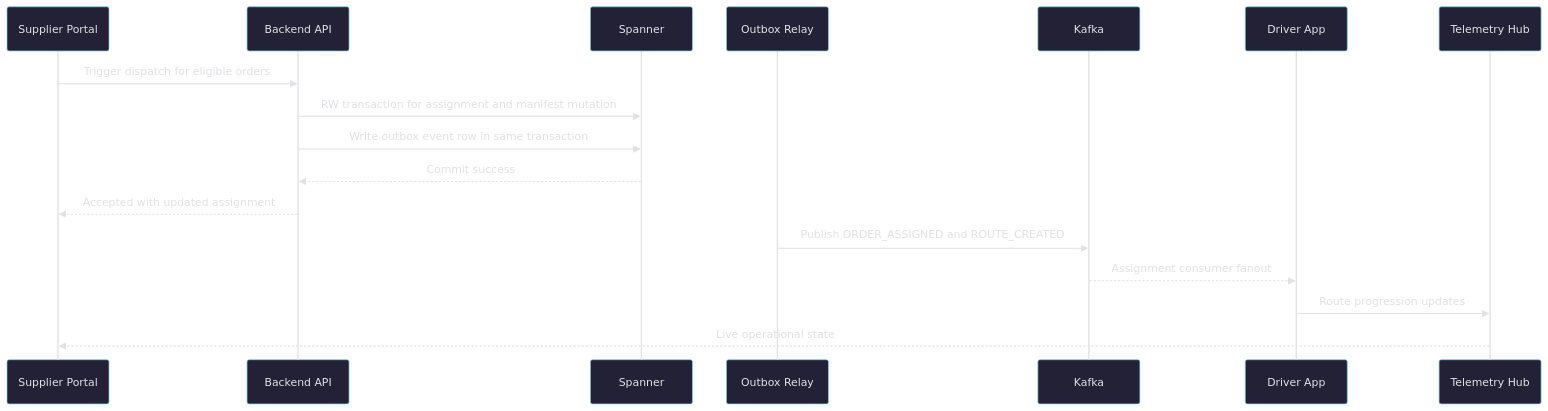
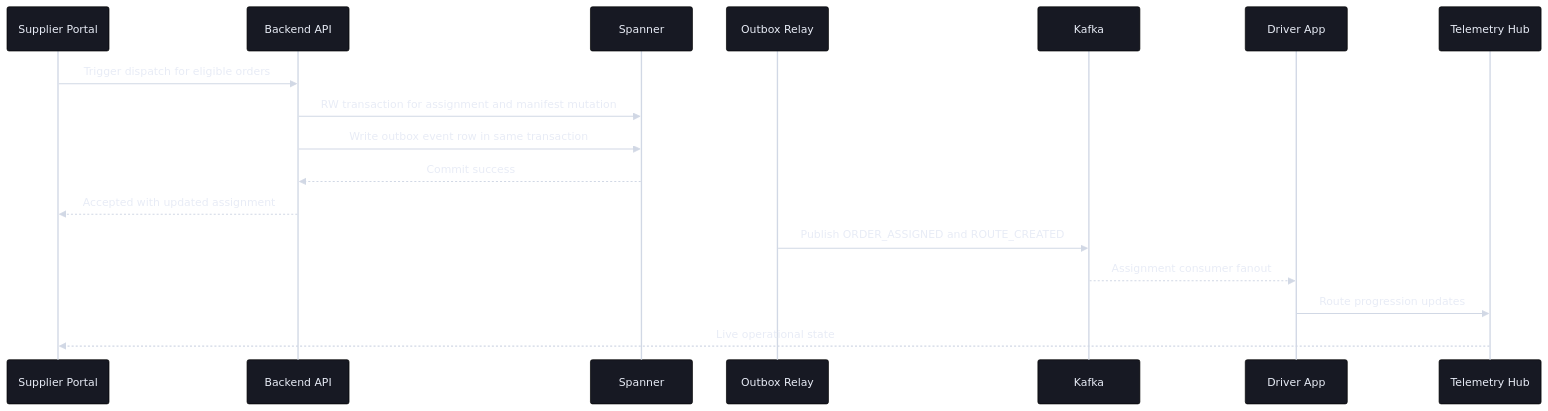
One commit to CYBERSTALKER07/ATOMOS changed the fourth of 4 diagrams in README.md. Above: the diagram before and after it, drawn with Mermaid. The commit also changed other lines of this file and 13 other files, not shown here.

````diff
--- a/README.md
+++ b/README.md
@@ -231,21 +235,21 @@
 ```mermaid
-%%{init: {"theme":"base","themeVariables":{"darkMode":true,"background":"#191622","primaryColor":"#232136","primaryTextColor":"#E1E1E6","primaryBorderColor":"#78D1E1","secondaryColor":"#2A2338","secondaryTextColor":"#E1E1E6","secondaryBorderColor":"#988BC7","tertiaryColor":"#1F3026","tertiaryTextColor":"#E1E1E6","tertiaryBorderColor":"#67E480","lineColor":"#E1E1E6","textColor":"#E1E1E6","mainBkg":"#232136","nodeBorder":"#78D1E1","clusterBkg":"#232136","clusterBorder":"#988BC7","titleColor":"#E1E1E6","edgeLabelBackground":"#232136","actorBkg":"#232136","actorBorder":"#78D1E1","actorTextColor":"#E1E1E6","actorLineColor":"#E1E1E6","signalColor":"#E1E1E6","signalTextColor":"#E1E1E6","labelBoxBkgColor":"#232136","labelBoxBorderColor":"#988BC7","labelTextColor":"#E1E1E6","loopTextColor":"#E1E1E6","activationBkgColor":"#2A2338","activationBorderColor":"#988BC7","sequenceNumberColor":"#191622","stateBkg":"#232136","stateBorder":"#67E480","stateTextColor":"#E1E1E6","noteBkgColor":"#232136","noteTextColor":"#E1E1E6","noteBorderColor":"#988BC7"},"themeCSS":".edgeLabel text,.label text,.stateLabel text,.messageText,.nodeLabel{fill:#E1E1E6 !important;color:#E1E1E6 !important;} .edgeLabel rect{fill:#232136 !important;opacity:1 !important;}"}}%%
+%%{init: {"theme":"base","themeVariables":{"darkMode":true,"background":"#000000","primaryColor":"#171923","primaryTextColor":"#E8ECF6","primaryBorderColor":"#000000","secondaryColor":"#1F2430","secondaryTextColor":"#E8ECF6","secondaryBorderColor":"#000000","tertiaryColor":"#222A35","tertiaryTextColor":"#E8ECF6","tertiaryBorderColor":"#000000","lineColor":"#D1D8E5","textColor":"#E8ECF6","mainBkg":"#171923","nodeBorder":"#000000","clusterBkg":"#171923","clusterBorder":"#000000","titleColor":"#E8ECF6","edgeLabelBackground":"#171923","actorBkg":"#171923","actorBorder":"#000000","actorTextColor":"#E8ECF6","actorLineColor":"#D1D8E5","signalColor":"#D1D8E5","signalTextColor":"#E8ECF6","labelBoxBkgColor":"#171923","labelBoxBorderColor":"#000000","labelTextColor":"#E8ECF6","loopTextColor":"#E8ECF6","activationBkgColor":"#242B38","activationBorderColor":"#000000","sequenceNumberColor":"#000000","stateBkg":"#171923","stateBorder":"#000000","stateTextColor":"#E8ECF6","noteBkgColor":"#171923","noteTextColor":"#E8ECF6","noteBorderColor":"#000000"},"themeCSS":".edgeLabel text,.label text,.stateLabel text,.messageText,.nodeLabel{fill:#E8ECF6 !important;color:#E8ECF6 !important;} rect,.actor,.note,.labelBox,.edgeLabel rect{stroke:none !important;rx:40px !important;ry:40px !important;} .edgeLabel rect{fill:rgba(255,255,255,0.12) !important;opacity:1 !important;} .messageLine0,.messageLine1,.loopLine{stroke:#D1D8E5 !important;} .stateGroup circle,.stateGroup rect,.statediagram-state rect{stroke:none !important;}"}}%%
 sequenceDiagram
    participant Portal as Supplier Portal
    participant API as Backend API
    participant DB as Spanner
    participant Outbox as Outbox Relay
    participant Kafka as Kafka
    participant Driver as Driver App
    participant Telemetry as Telemetry Hub
 
    Portal->>API: Trigger dispatch for eligible orders
    API->>DB: RW transaction for assignment and manifest mutation
    API->>DB: Write outbox event row in same transaction
    DB-->>API: Commit success
    API-->>Portal: Accepted with updated assignment
    Outbox->>Kafka: Publish ORDER_ASSIGNED and ROUTE_CREATED
    Kafka-->>Driver: Assignment consumer fanout
    Driver->>Telemetry: Route progression updates
    Telemetry-->>Portal: Live operational state
 ```
````
